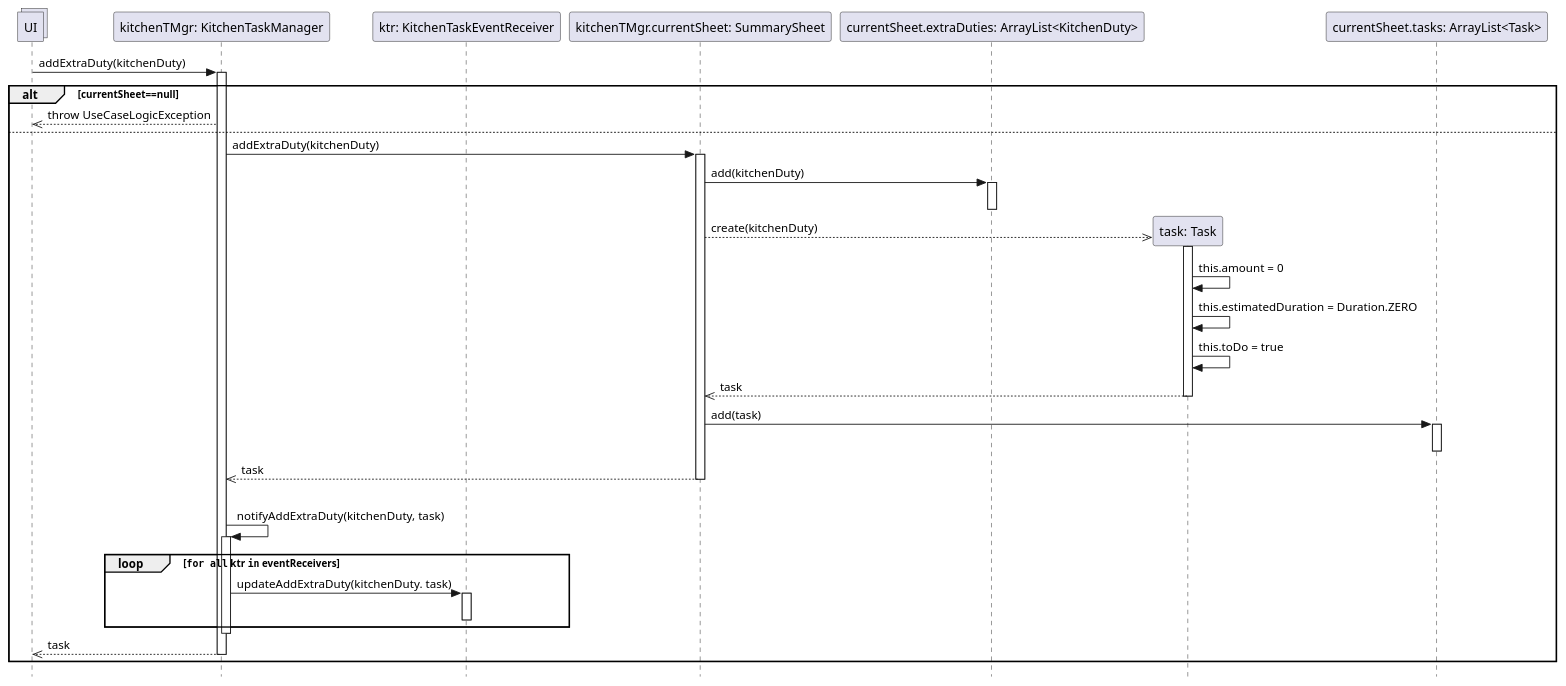
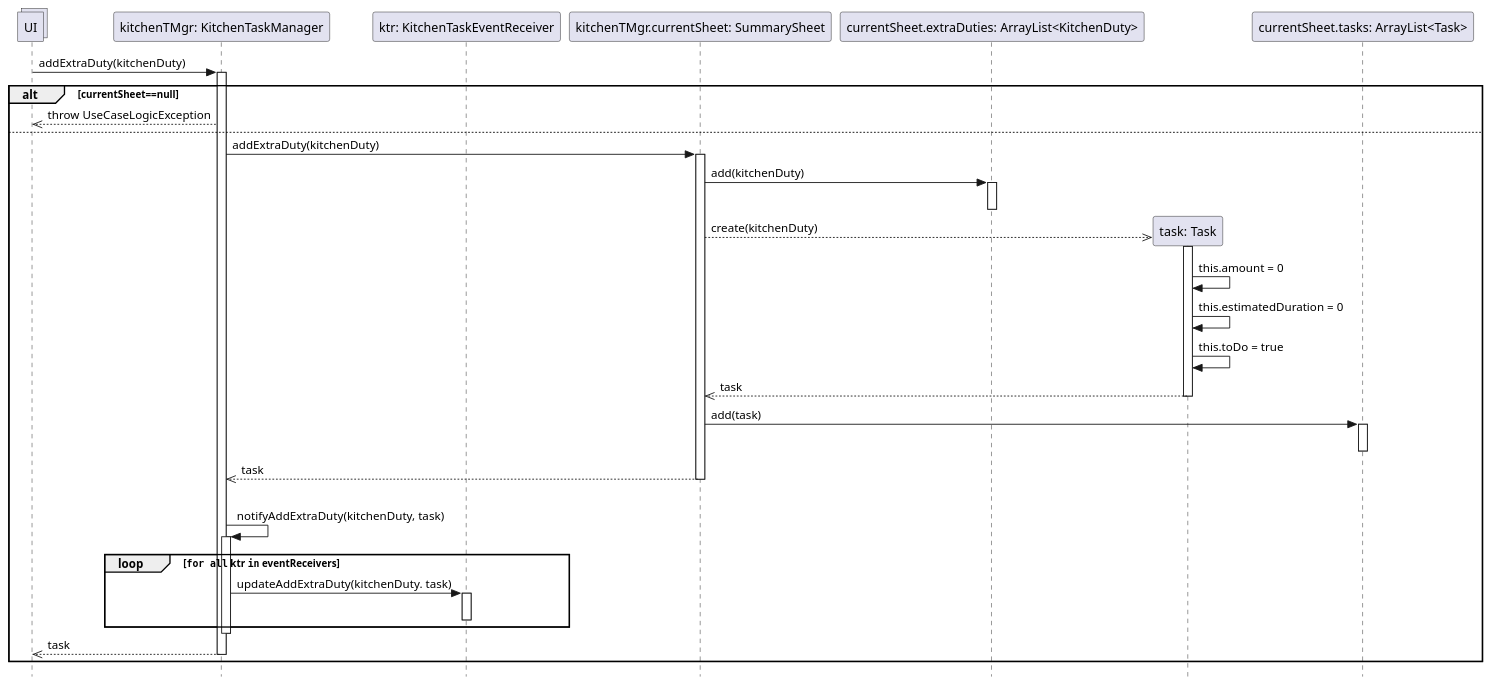
One commit to stefa168/sas-project changed the diagram in UP/Progettazione/UC Gestire Compiti Cucina/DSD/DSD Operazione 2.puml. Above: the diagram before and after it, drawn with PlantUML. The commit also changed 3 other files, not shown here.

```diff
--- a/UP/Progettazione/UC Gestire Compiti Cucina/DSD/DSD Operazione 2.puml
+++ b/UP/Progettazione/UC Gestire Compiti Cucina/DSD/DSD Operazione 2.puml
@@ -1,57 +1,57 @@
 @startuml Operazione 2
 skinparam Style strictuml
 
 collections UI
 
 participant "kitchenTMgr: KitchenTaskManager" as ktm
 UI -> ktm: addExtraDuty(kitchenDuty)
 participant "ktr: KitchenTaskEventReceiver" as ktr
 
 activate ktm
 
 alt currentSheet==null
     UI <<-- ktm: throw UseCaseLogicException
 else
     participant "kitchenTMgr.currentSheet: SummarySheet" as ss
     ktm -> ss: addExtraDuty(kitchenDuty)
     activate ss
 
     participant "currentSheet.extraDuties: ArrayList<KitchenDuty>" as kdList
     ss -> kdList: add(kitchenDuty)
     activate kdList
     deactivate kdList
 
     participant "task: Task" as t
     ss -->> t**: create(kitchenDuty)
     activate t
     t -> t: this.amount = 0
-    t -> t: this.estimatedDuration = Duration.ZERO
+    t -> t: this.estimatedDuration = 0
     t -> t: this.toDo = true
     ss <<-- t:task
     deactivate t
     
     participant "currentSheet.tasks: ArrayList<Task>" as tasks
     ss -> tasks: add(task)
 
     activate tasks
     deactivate tasks
 
     ktm <<-- ss: task
     deactivate ss
     |||
     ktm -> ktm: notifyAddExtraDuty(kitchenDuty, task)
     activate ktm
     loop ""for all"" ktr ""in"" eventReceivers
         ktm -> ktr : updateAddExtraDuty(kitchenDuty. task)
         activate ktr
         deactivate ktr
     end
     deactivate ktm
 
     UI <<-- ktm : task
     deactivate ktm
 
     
 end
 
 @enduml
```
